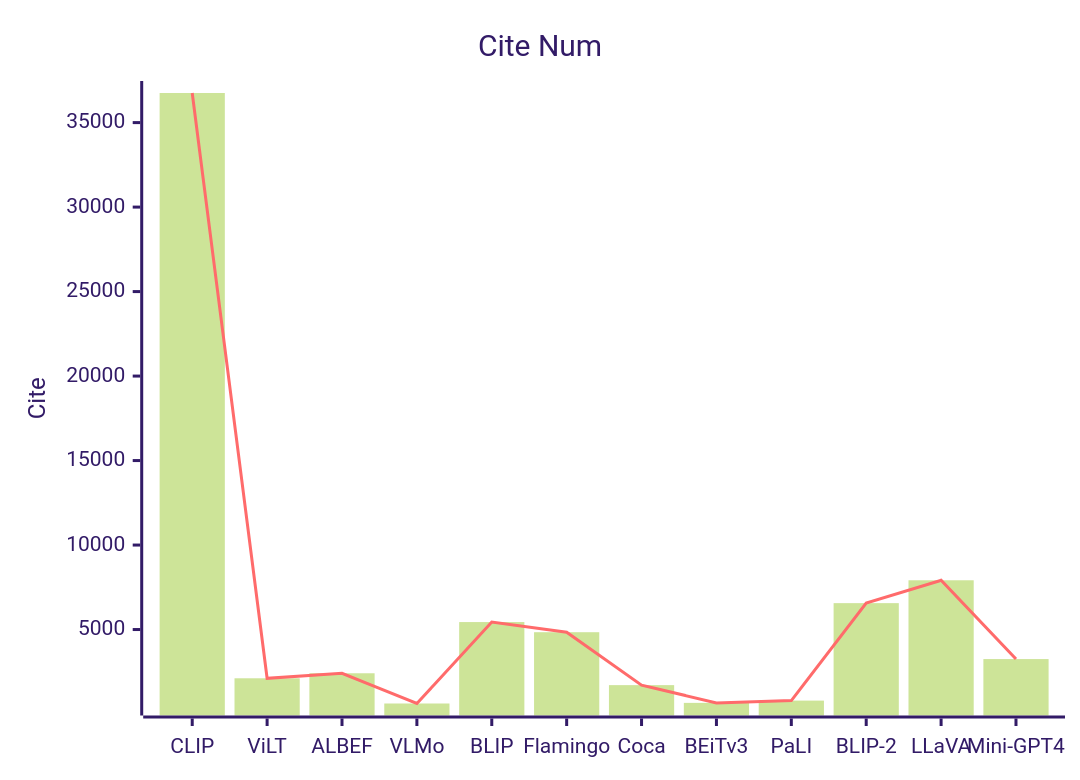
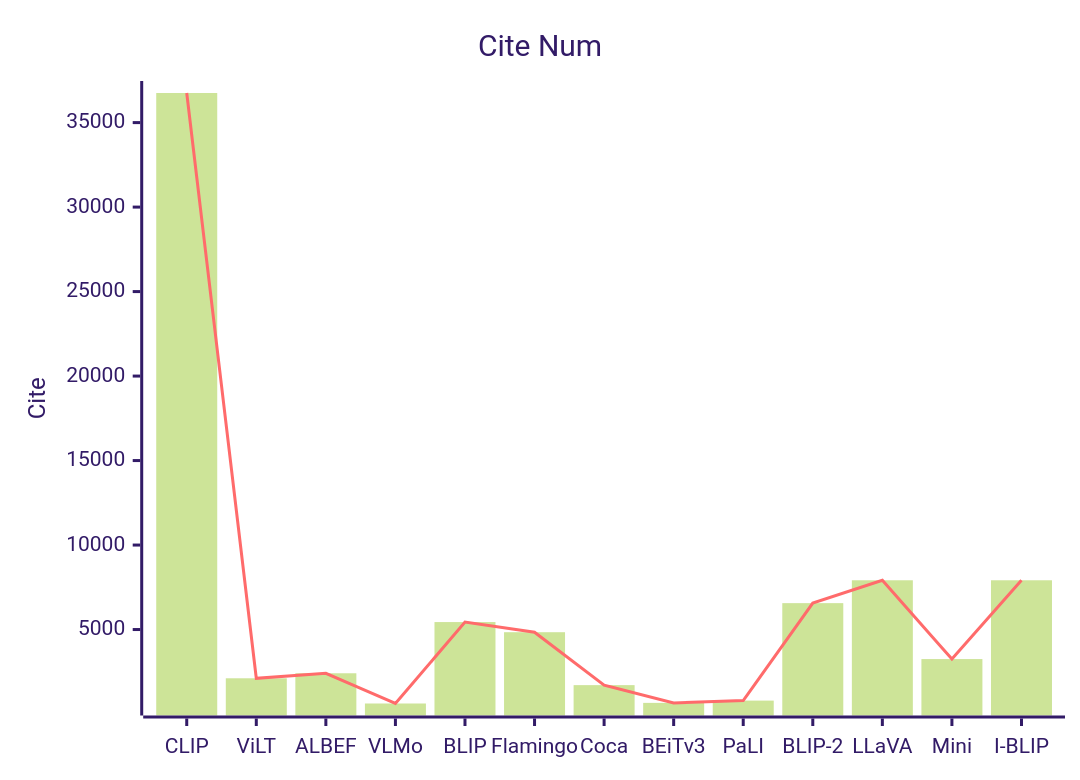
The sixth of 6 diagrams in Base_Model/VLM+VLLM/analyse.md (Elephant-King9/Paper), drawn with Mermaid (forest theme) before and after one commit. The commit also changed other lines of this file and 6 other files, not shown here.

````diff
--- a/Base_Model/VLM+VLLM/analyse.md
+++ b/Base_Model/VLM+VLLM/analyse.md
@@ -218,8 +223,8 @@
 ```mermaid
     xychart-beta
     title "Cite Num"
-    x-axis [CLIP, ViLT, ALBEF,VLMo, BLIP,Flamingo,Coca,BEiT v3,PaLI,BLIP-2,LLaVA,Mini-GPT4]
+    x-axis [CLIP, ViLT, ALBEF,VLMo, BLIP,Flamingo,Coca,BEiT v3,PaLI,BLIP-2,LLaVA,Mini,I-BLIP]
     y-axis "Cite" 
-    bar [36752,2115,2412,623,5442,4842,1710,660,794,6562,7915,3252]
-    line [36752,2115,2412,623,5442,4842,1710,660,794,6562,7915,3252]
+    bar [36752,2115,2412,623,5442,4842,1710,660,794,6562,7915,3252,7915]
+    line [36752,2115,2412,623,5442,4842,1710,660,794,6562,7915,3252,7915]
 ```
````
